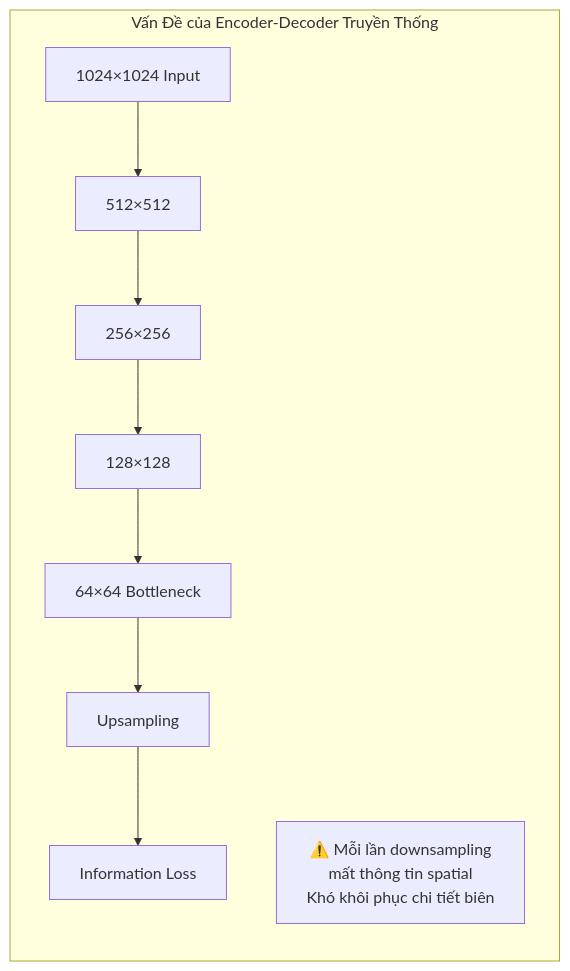
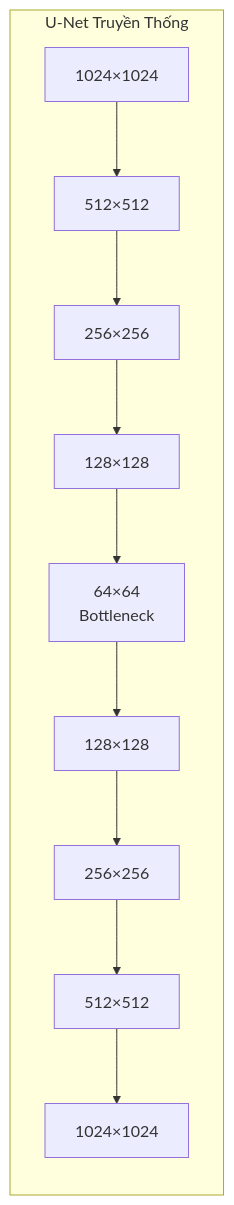
Before and after one commit to rerangst/geobayai_lab: the first of 5 diagrams in research/chuong-06-xview-challenges/muc-02-xview2-building-damage/06-giai-nam.md, drawn with Mermaid. The commit also changed other lines of this file and 18 other files, not shown here.

````diff
--- a/research/chuong-06-xview-challenges/muc-02-xview2-building-damage/06-giai-nam.md
+++ b/research/chuong-06-xview-challenges/muc-02-xview2-building-damage/06-giai-nam.md
@@ -38,14 +21,16 @@
 ```mermaid
 flowchart LR
-    subgraph PROBLEM["Vấn Đề của Encoder-Decoder Truyền Thống"]
-        direction TB
-        P1["1024×1024 Input"] --> P2["512×512"]
-        P2 --> P3["256×256"]
-        P3 --> P4["128×128"]
-        P4 --> P5["64×64 Bottleneck"]
-        P5 --> P6["Upsampling"]
-        P6 --> P7["Information Loss"]
+    subgraph UNET["U-Net Truyền Thống"]
+        I["1024×1024"]
+        D1["512×512"]
+        D2["256×256"]
+        D3["128×128"]
+        B["64×64<br/>Bottleneck"]
+        U1["128×128"]
+        U2["256×256"]
+        U3["512×512"]
+        O["1024×1024"]
+    end
 
-        NOTE["⚠️ Mỗi lần downsampling<br/>mất thông tin spatial<br/>Khó khôi phục chi tiết biên"]
-    end
+    I --> D1 --> D2 --> D3 --> B --> U1 --> U2 --> U3 --> O
 ```
````
